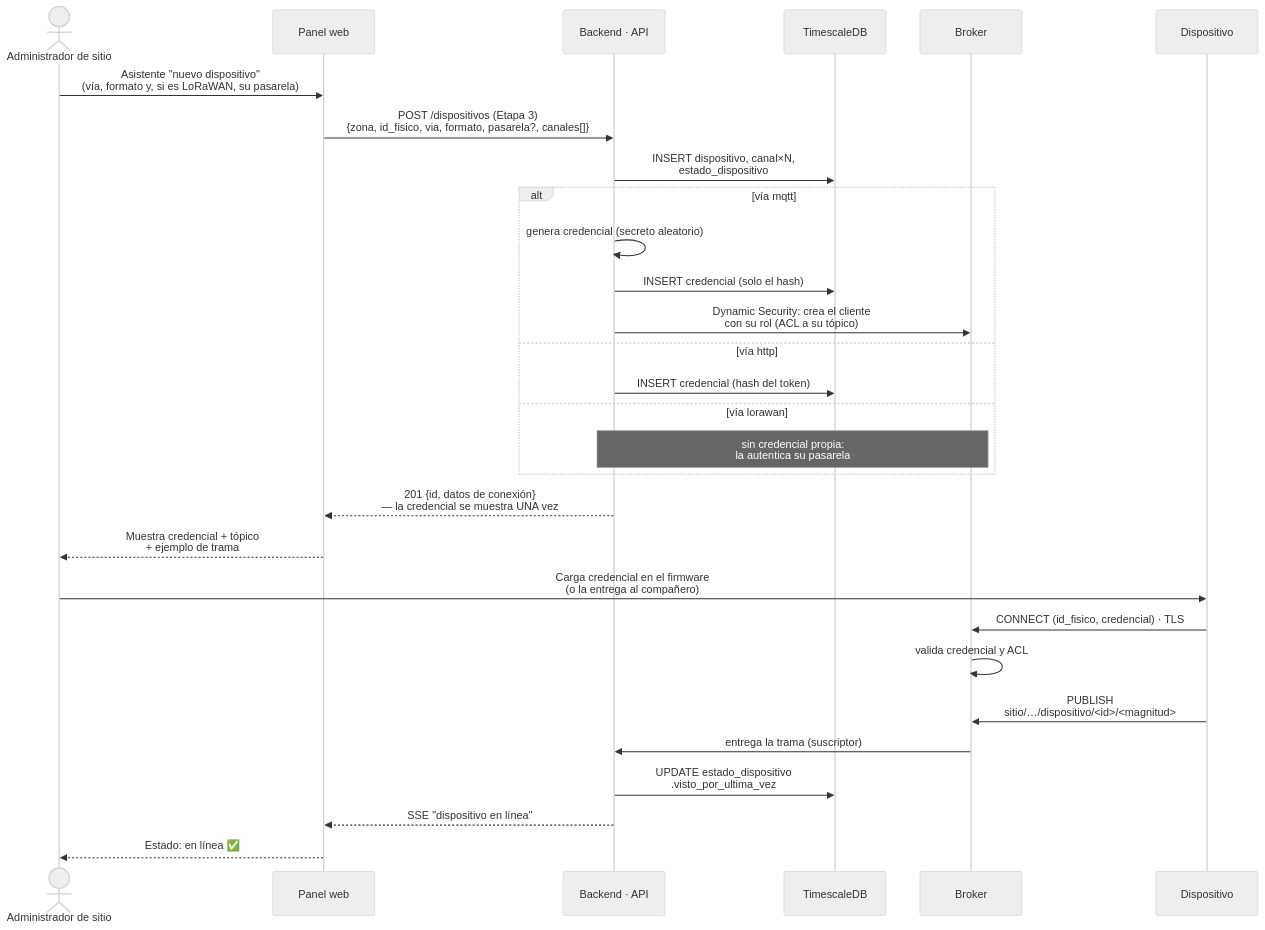
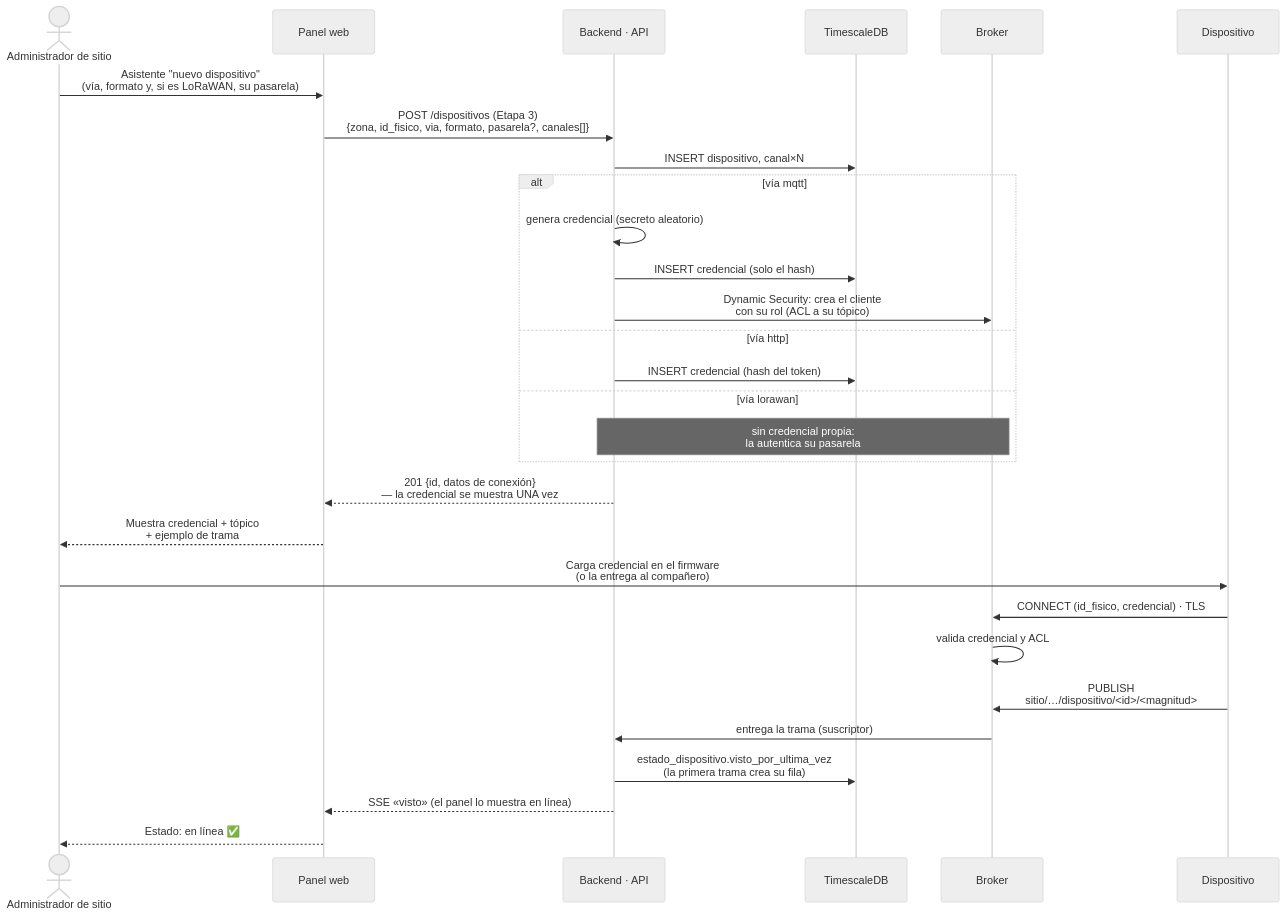
The diagram in informe-oficial/figuras/mermaid/sec-alta.mmd (vicenterami/tesis), drawn with Mermaid (neutral theme) before and after one commit. The commit also changed 46 other files, not shown here.

First line of the commit message:
Agrega el canal de tiempo real (SSE) y corrige lo encontrado al revisarlo

```diff
--- a/informe-oficial/figuras/mermaid/sec-alta.mmd
+++ b/informe-oficial/figuras/mermaid/sec-alta.mmd
@@ -1,30 +1,30 @@
 sequenceDiagram
     actor Admin as Administrador de sitio
     participant FE as Panel web
     participant API as Backend · API
     participant DB as TimescaleDB
     participant MQ as Broker
     participant Dev as Dispositivo
 
     Admin->>FE: Asistente "nuevo dispositivo"<br/>(vía, formato y, si es LoRaWAN, su pasarela)
     FE->>API: POST /dispositivos (Etapa 3)<br/>{zona, id_fisico, via, formato, pasarela?, canales[]}
-    API->>DB: INSERT dispositivo, canal×N,<br/>estado_dispositivo
+    API->>DB: INSERT dispositivo, canal×N
     alt vía mqtt
         API->>API: genera credencial (secreto aleatorio)
         API->>DB: INSERT credencial (solo el hash)
         API->>MQ: Dynamic Security: crea el cliente<br/>con su rol (ACL a su tópico)
     else vía http
         API->>DB: INSERT credencial (hash del token)
     else vía lorawan
         Note over API,MQ: sin credencial propia:<br/>la autentica su pasarela
     end
     API-->>FE: 201 {id, datos de conexión}<br/>— la credencial se muestra UNA vez
     FE-->>Admin: Muestra credencial + tópico<br/>+ ejemplo de trama
     Admin->>Dev: Carga credencial en el firmware<br/>(o la entrega al compañero)
     Dev->>MQ: CONNECT (id_fisico, credencial) · TLS
     MQ->>MQ: valida credencial y ACL
     Dev->>MQ: PUBLISH<br/>sitio/…/dispositivo/<id>/<magnitud>
     MQ->>API: entrega la trama (suscriptor)
-    API->>DB: UPDATE estado_dispositivo<br/>.visto_por_ultima_vez
-    API-->>FE: SSE "dispositivo en línea"
+    API->>DB: estado_dispositivo.visto_por_ultima_vez<br/>(la primera trama crea su fila)
+    API-->>FE: SSE «visto» (el panel lo muestra en línea)
     FE-->>Admin: Estado: en línea ✅
```
